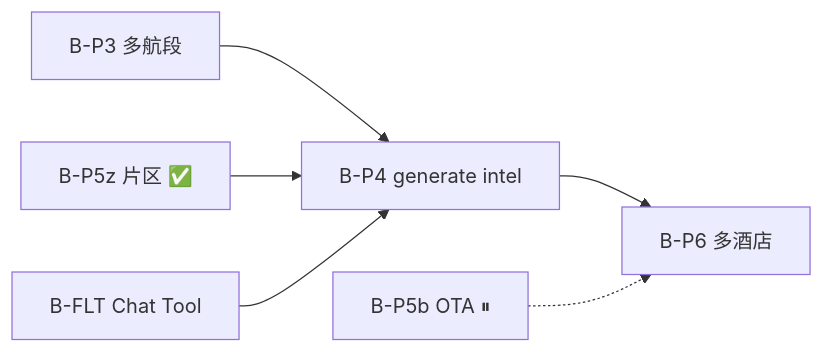
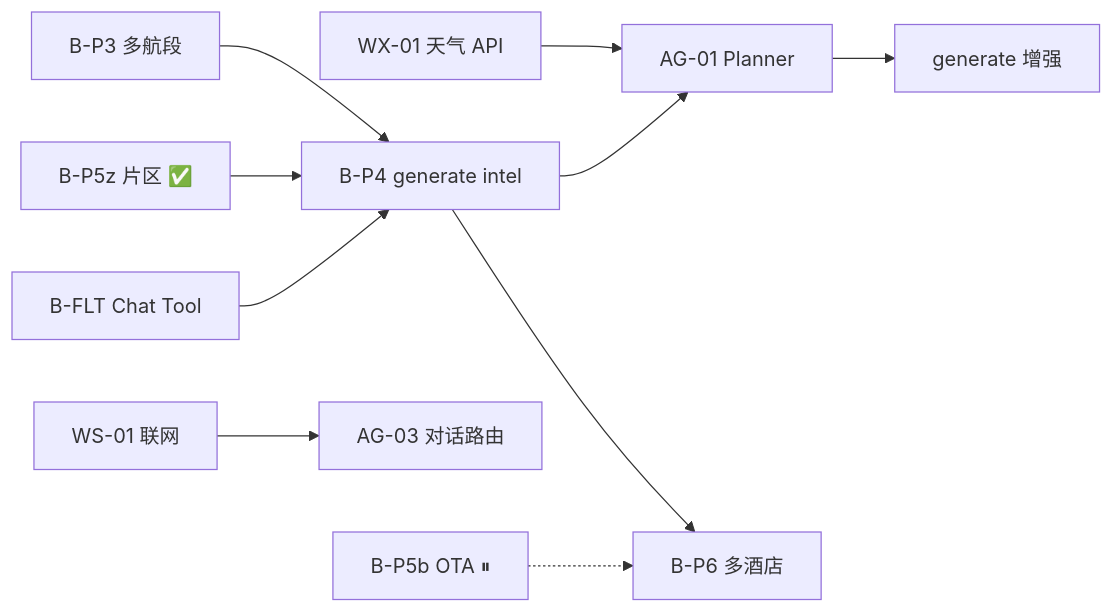
One commit to AirSmithZ/travelAI changed the diagram in docs/llm-travel-data/TODO.md. Above: the diagram before and after it, drawn with Mermaid. The commit also changed other lines of this file and 49 other files, not shown here.

````diff
--- a/docs/llm-travel-data/TODO.md
+++ b/docs/llm-travel-data/TODO.md
@@ -76,8 +137,12 @@
 ```mermaid
 flowchart LR
   P3[B-P3 多航段] --> P4[B-P4 generate intel]
   P5z[B-P5z 片区 ✅] --> P4
+  WX[WX-01 天气 API] --> AG1[AG-01 Planner]
+  P4 --> AG1
+  AG1 --> Gen[generate 增强]
+  WS[WS-01 联网] --> AG3[AG-03 对话路由]
   P4 --> P6[B-P6 多酒店]
   P5b[B-P5b OTA ⏸] -.-> P6
   FLT[B-FLT Chat Tool] --> P4
 ```
````
